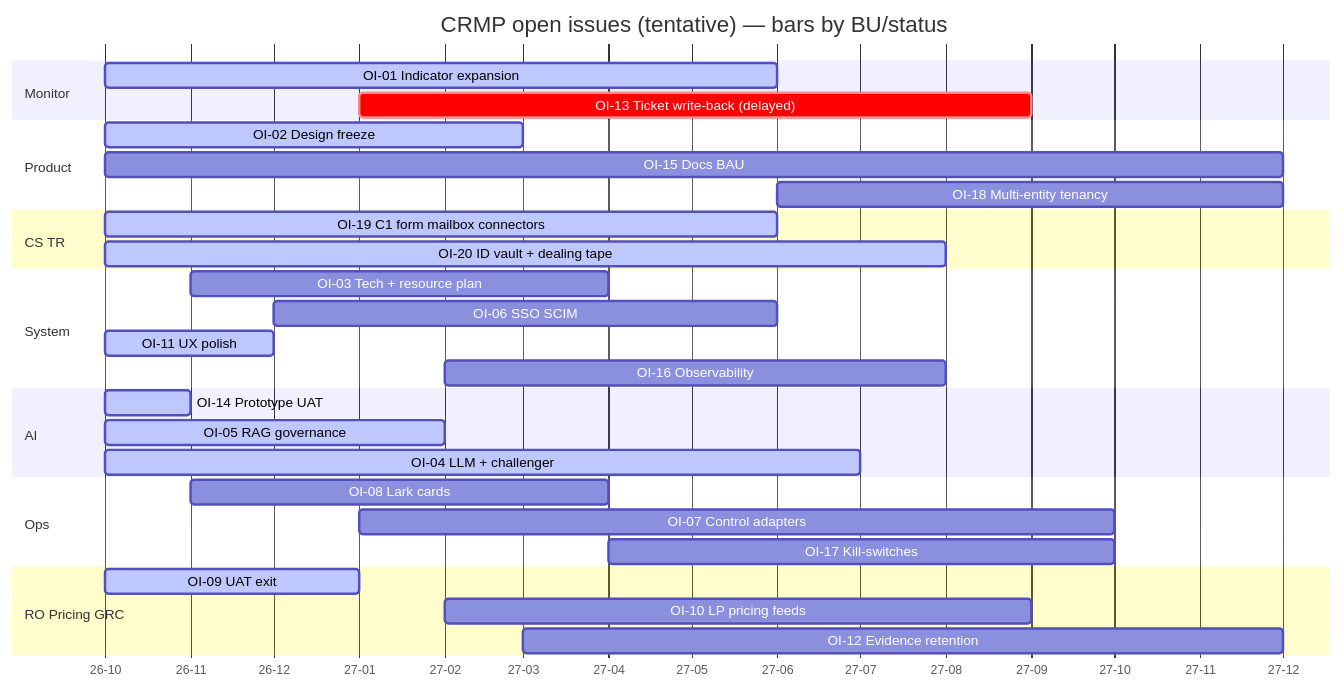
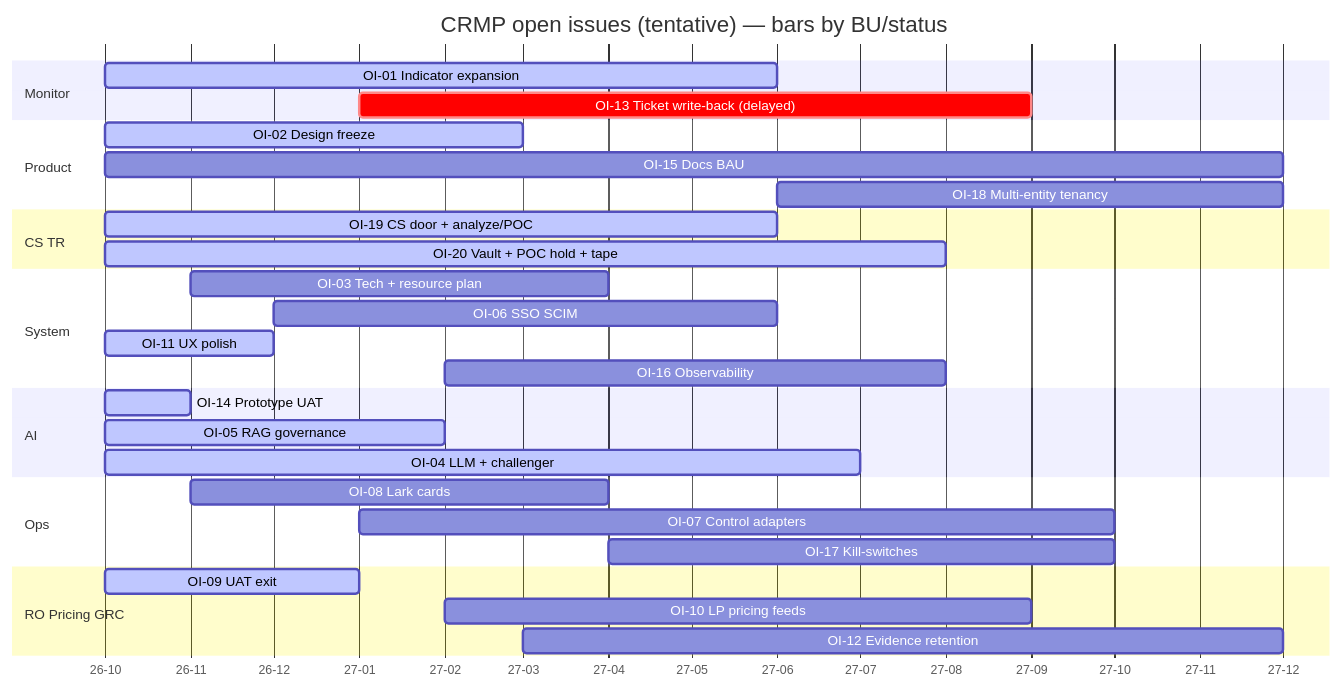
The second of 2 diagrams in platform/docs/PROGRESS.md (hxyan2020/PRD), drawn with Mermaid before and after one commit. The commit also changed other lines of this file and 19 other files, not shown here.

````diff
--- a/platform/docs/PROGRESS.md
+++ b/platform/docs/PROGRESS.md
@@ -43,33 +110,33 @@
 ```mermaid
 gantt
   title CRMP open issues (tentative) — bars by BU/status
   dateFormat YYYY-MM
   axisFormat %y-%m
   section Monitor
   OI-01 Indicator expansion           :active, 2026-10, 2027-06
   OI-13 Ticket write-back (delayed)   :crit, 2027-01, 2027-09
   section Product
   OI-02 Design freeze                 :active, 2026-10, 2027-03
   OI-15 Docs BAU                      :2026-10, 2027-12
   OI-18 Multi-entity tenancy          :2027-06, 2027-12
   section CS TR
-  OI-19 C1 form mailbox connectors    :active, 2026-10, 2027-06
-  OI-20 ID vault + dealing tape       :active, 2026-10, 2027-08
+  OI-19 CS door + analyze/POC         :active, 2026-10, 2027-06
+  OI-20 Vault + POC hold + tape       :active, 2026-10, 2027-08
   section System
   OI-03 Tech + resource plan          :2026-11, 2027-04
   OI-06 SSO SCIM                      :2026-12, 2027-06
   OI-11 UX polish                     :active, 2026-10, 2026-12
   OI-16 Observability                 :2027-02, 2027-08
   section AI
   OI-14 Prototype UAT                 :active, 2026-10, 2026-11
   OI-05 RAG governance                :active, 2026-10, 2027-02
   OI-04 LLM + challenger              :active, 2026-10, 2027-07
   section Ops
   OI-08 Lark cards                    :2026-11, 2027-04
   OI-07 Control adapters              :2027-01, 2027-10
   OI-17 Kill-switches                 :2027-04, 2027-10
   section RO Pricing GRC
   OI-09 UAT exit                      :active, 2026-10, 2027-01
   OI-10 LP pricing feeds              :2027-02, 2027-09
   OI-12 Evidence retention            :2027-03, 2027-12
 ```
````
